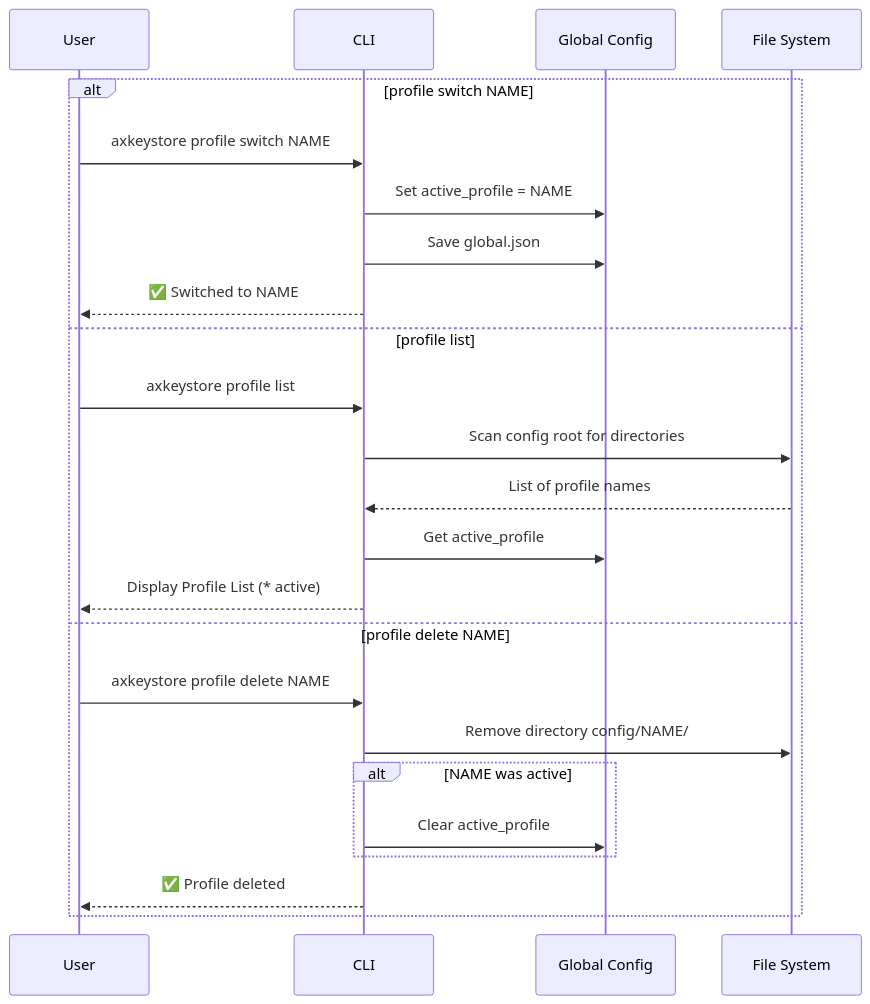
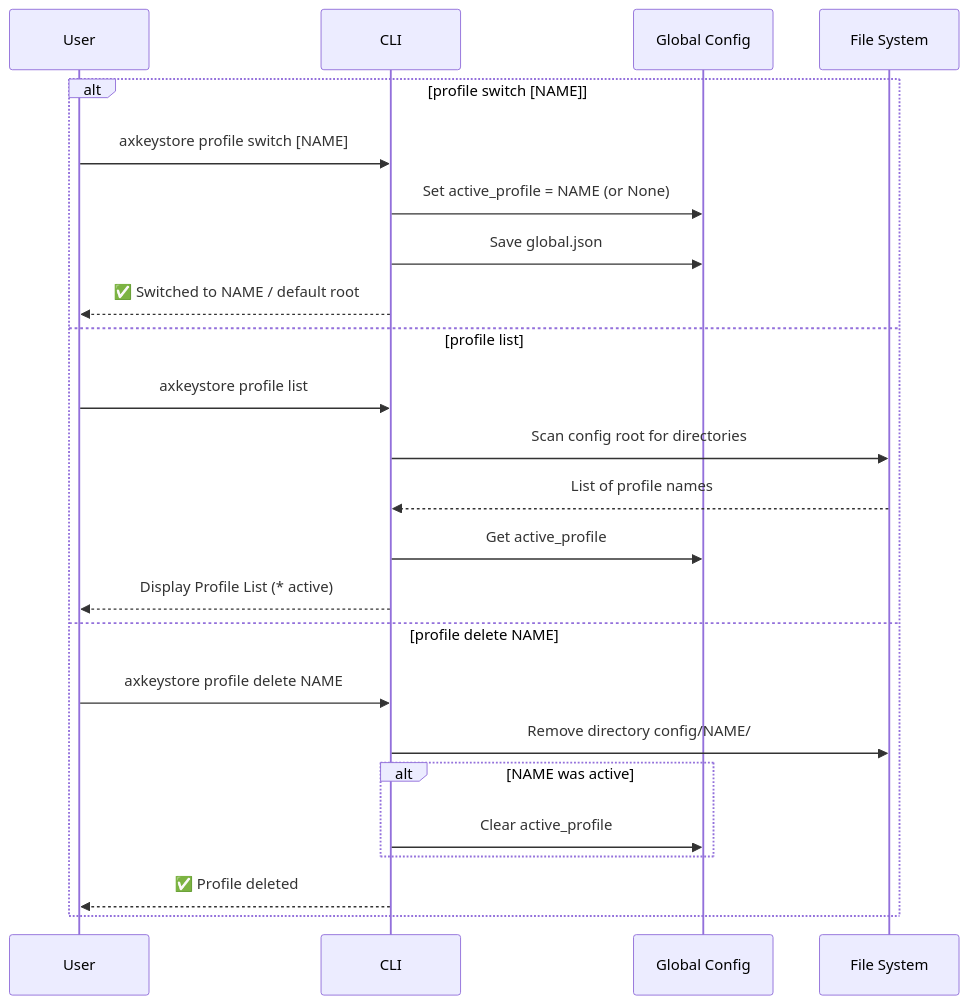
The seventh of 7 diagrams in README.md (basilgregory/axkeystore), drawn with Mermaid before and after one commit. The commit also changed other lines of this file and 1 other file, not shown here.

Commit message:
fixed the issue of not being able to switch back to root.

````diff
--- a/README.md
+++ b/README.md
@@ -396,27 +400,27 @@
 ```mermaid
 sequenceDiagram
     participant U as User
     participant C as CLI
     participant GC as Global Config
     participant FS as File System
 
-    alt profile switch NAME
-        U->>C: axkeystore profile switch NAME
-        C->>GC: Set active_profile = NAME
+    alt profile switch [NAME]
+        U->>C: axkeystore profile switch [NAME]
+        C->>GC: Set active_profile = NAME (or None)
         C->>GC: Save global.json
-        C-->>U: ✅ Switched to NAME
+        C-->>U: ✅ Switched to NAME / default root
     else profile list
         U->>C: axkeystore profile list
         C->>FS: Scan config root for directories
         FS-->>C: List of profile names
         C->>GC: Get active_profile
         C-->>U: Display Profile List (* active)
     else profile delete NAME
         U->>C: axkeystore profile delete NAME
         C->>FS: Remove directory config/NAME/
         alt NAME was active
             C->>GC: Clear active_profile
         end
         C-->>U: ✅ Profile deleted
     end
 ```
````
